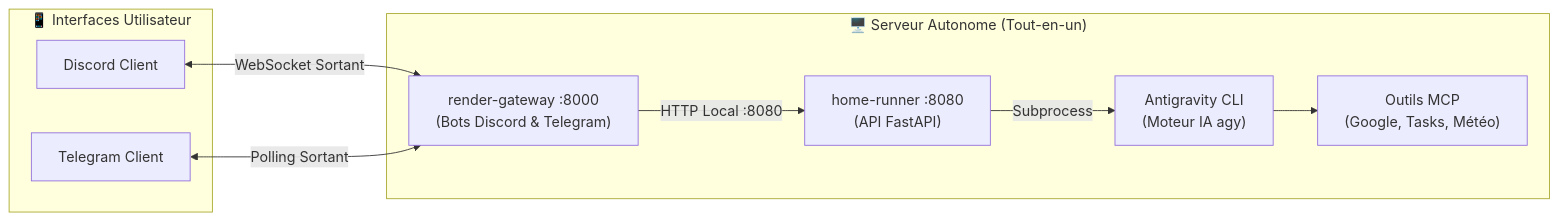
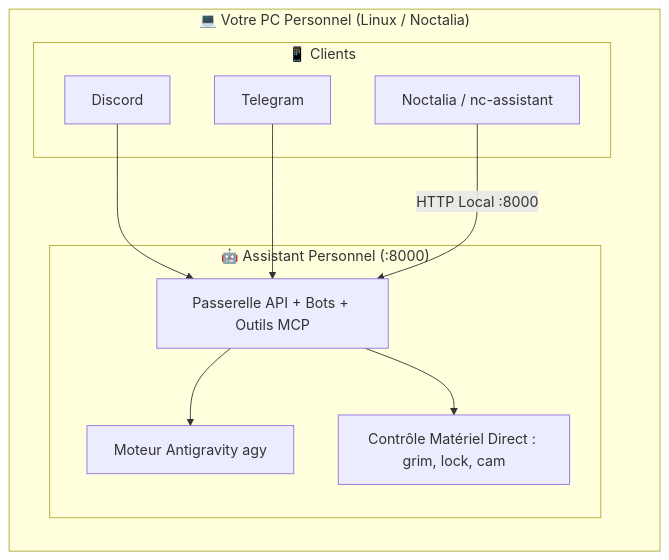
One commit to RaphaelBlanc/JARVIS-BIS changed the first of 2 diagrams in README.md. Above: the diagram before and after it, drawn with Mermaid. The commit also changed other lines of this file and 38 other files, not shown here.

Commit message:
refactor: simplify architecture to local vs server, rename gateway and eliminate render references

````diff
--- a/README.md
+++ b/README.md
@@ -84,21 +26,22 @@
 ```mermaid
 flowchart LR
-    subgraph Clients["📱 Interfaces Utilisateur"]
-        D[Discord Client]
-        T[Telegram Client]
+    subgraph PC["💻 Votre PC Personnel (Linux / Noctalia)"]
+        subgraph Clients["📱 Clients"]
+            D[Discord]
+            T[Telegram]
+            N[Noctalia / nc-assistant]
+        end
+
+        subgraph Assistant["🤖 Assistant Personnel (:8000)"]
+            APP[Passerelle API + Bots + Outils MCP]
+            AGY[Moteur Antigravity agy]
+            SYS[Contrôle Matériel Direct : grim, lock, cam]
+            APP --> AGY
+            APP --> SYS
+        end
+
+        D --> APP
+        T --> APP
+        N -->|HTTP Local :8000| APP
     end
-
-    subgraph Serveur["🖥️ Serveur Autonome (Tout-en-un)"]
-        GW["render-gateway :8000\n(Bots Discord & Telegram)"]
-        HR["home-runner :8080\n(API FastAPI)"]
-        AGY["Antigravity CLI\n(Moteur IA agy)"]
-        MCP["Outils MCP\n(Google, Tasks, Météo)"]
-
-        GW -->|HTTP Local :8080| HR
-        HR -->|Subprocess| AGY
-        AGY --> MCP
-    end
-
-    D <-->|WebSocket Sortant| GW
-    T <-->|Polling Sortant| GW
 ```
````
